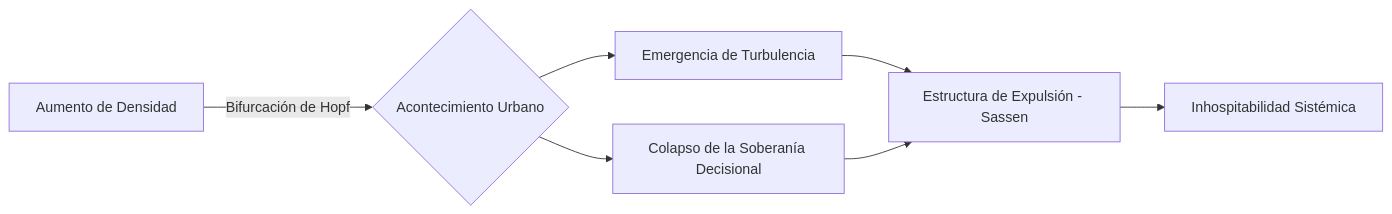
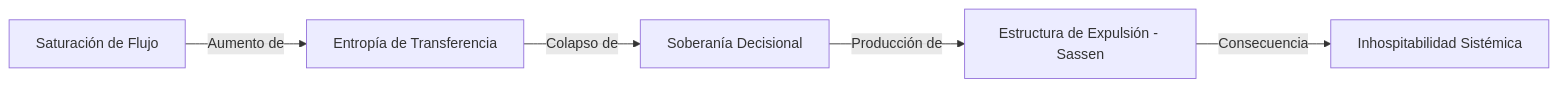
Before and after one commit to stevenvo780/FenomenologiaUrbana: the diagram in trabajo-final-fenomenologia-urbana/03-resultados-y-analisis-de-turbulencia.md, drawn with Mermaid. The commit also changed other lines of this file and 24 other files, not shown here.

````diff
--- a/trabajo-final-fenomenologia-urbana/03-resultados-y-analisis-de-turbulencia.md
+++ b/trabajo-final-fenomenologia-urbana/03-resultados-y-analisis-de-turbulencia.md
@@ -17,8 +20,7 @@
 ```mermaid
 graph LR
-    A[Aumento de Densidad] -->|Bifurcación de Hopf| B{Acontecimiento Urbano}
-    B --> C[Emergencia de Turbulencia]
-    B --> D[Colapso de la Soberanía Decisional]
-    C & D --> E[Estructura de Expulsión - Sassen]
-    E --> F[Inhospitabilidad Sistémica]
+    A[Saturación de Flujo] -->|Aumento de| B[Entropía de Transferencia]
+    B -->|Colapso de| C[Soberanía Decisional]
+    C -->|Producción de| D[Estructura de Expulsión - Sassen]
+    D -->|Consecuencia| E[Inhospitabilidad Sistémica]
 ```
````
